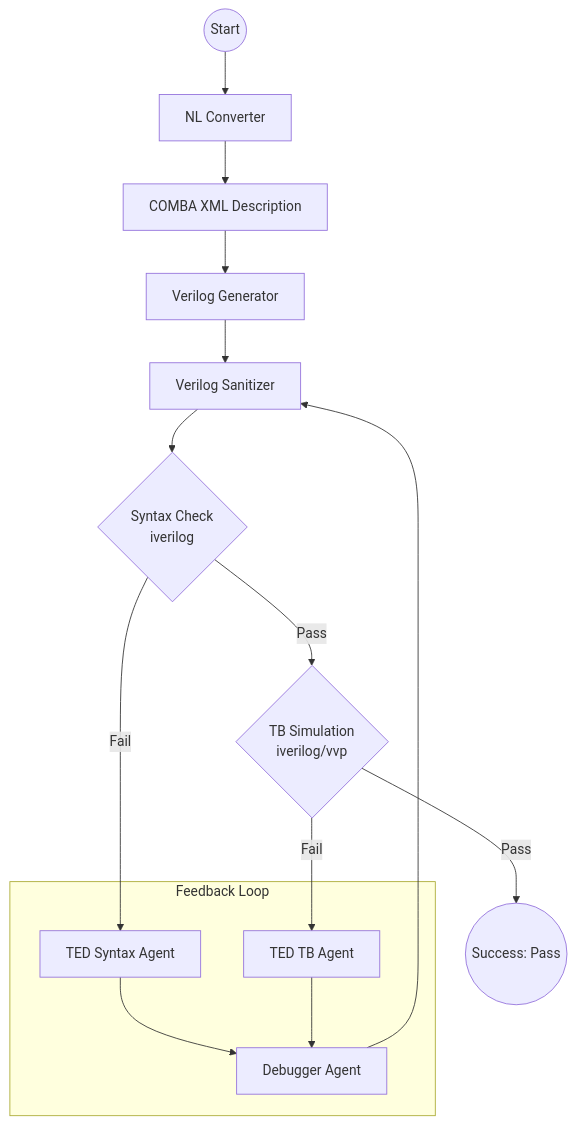
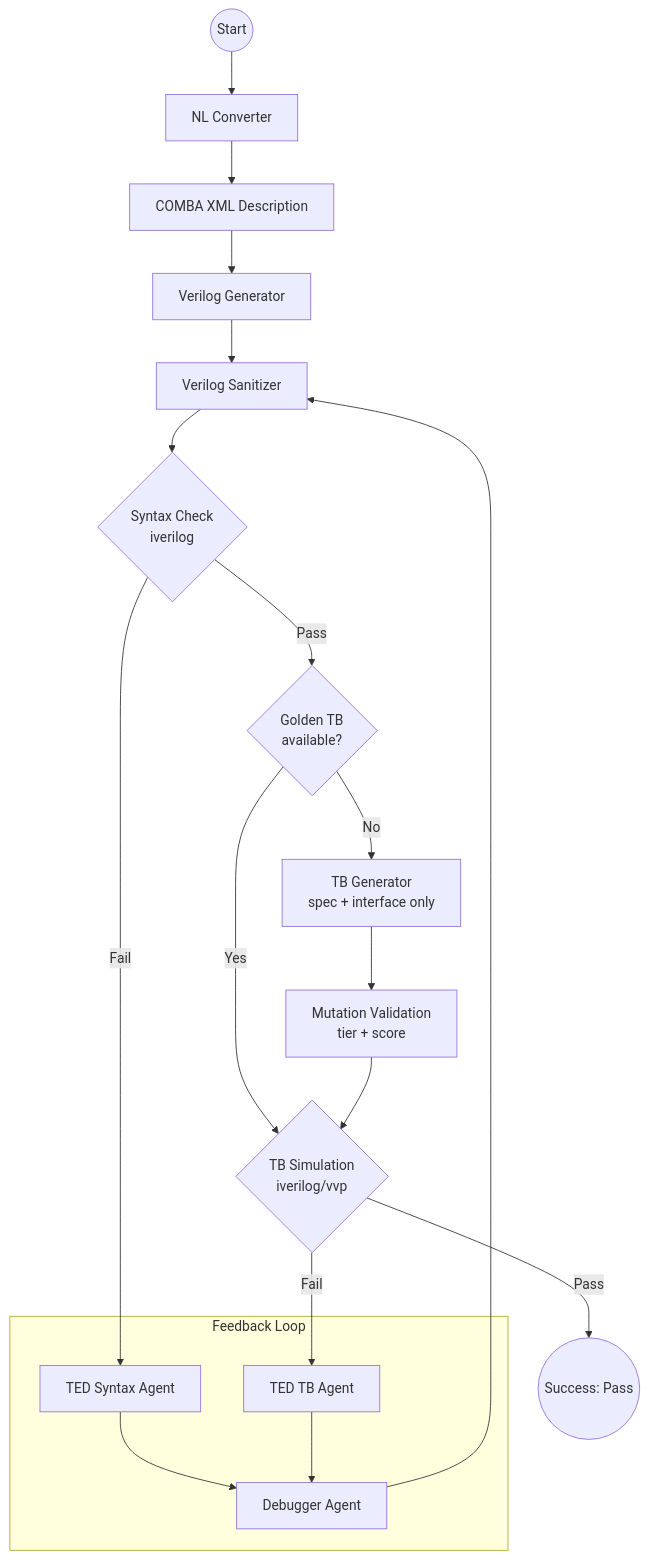
The second of 2 diagrams in README.md (tkim-061203/GNU_COMBA), drawn with Mermaid before and after one commit. The commit also changed other lines of this file and 2 other files, not shown here.

First line of the commit message:
feat: generated-testbench path with mutation validation (v2.7.0)

````diff
--- a/README.md
+++ b/README.md
@@ -38,25 +39,29 @@
 ```mermaid
 graph TD
     Start((Start)) --> NL[NL Converter]
     NL --> XML[COMBA XML Description]
     XML --> Gen[Verilog Generator]
     Gen --> San[Verilog Sanitizer]
     San --> SC{Syntax Check<br/>iverilog}
     
     SC -- Fail --> TED_SC[TED Syntax Agent]
     TED_SC --> Debug[Debugger Agent]
     Debug --> San
     
-    SC -- Pass --> TS{TB Simulation<br/>iverilog/vvp}
+    SC -- Pass --> HasTB{Golden TB<br/>available?}
+    HasTB -- Yes --> TS{TB Simulation<br/>iverilog/vvp}
+    HasTB -- No --> GenTB[TB Generator<br/>spec + interface only]
+    GenTB --> MutVal[Mutation Validation<br/>tier + score]
+    MutVal --> TS
     
     TS -- Fail --> TED_TS[TED TB Agent]
     TED_TS --> Debug
     
     TS -- Pass --> Pass((Success: Pass))
     
     subgraph Feedback Loop
     TED_SC
     TED_TS
     Debug
     end
 ```
````
